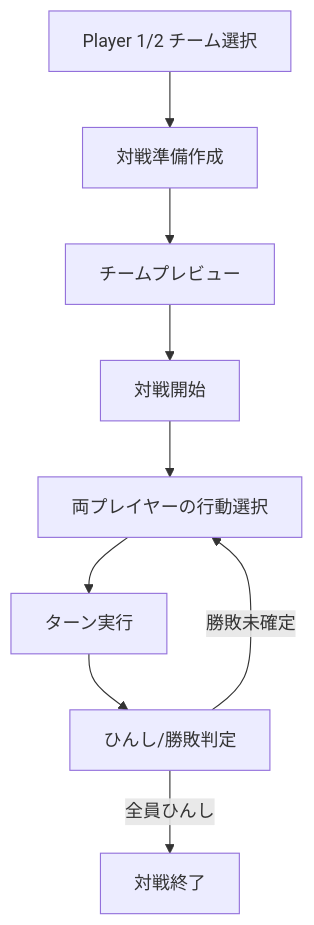
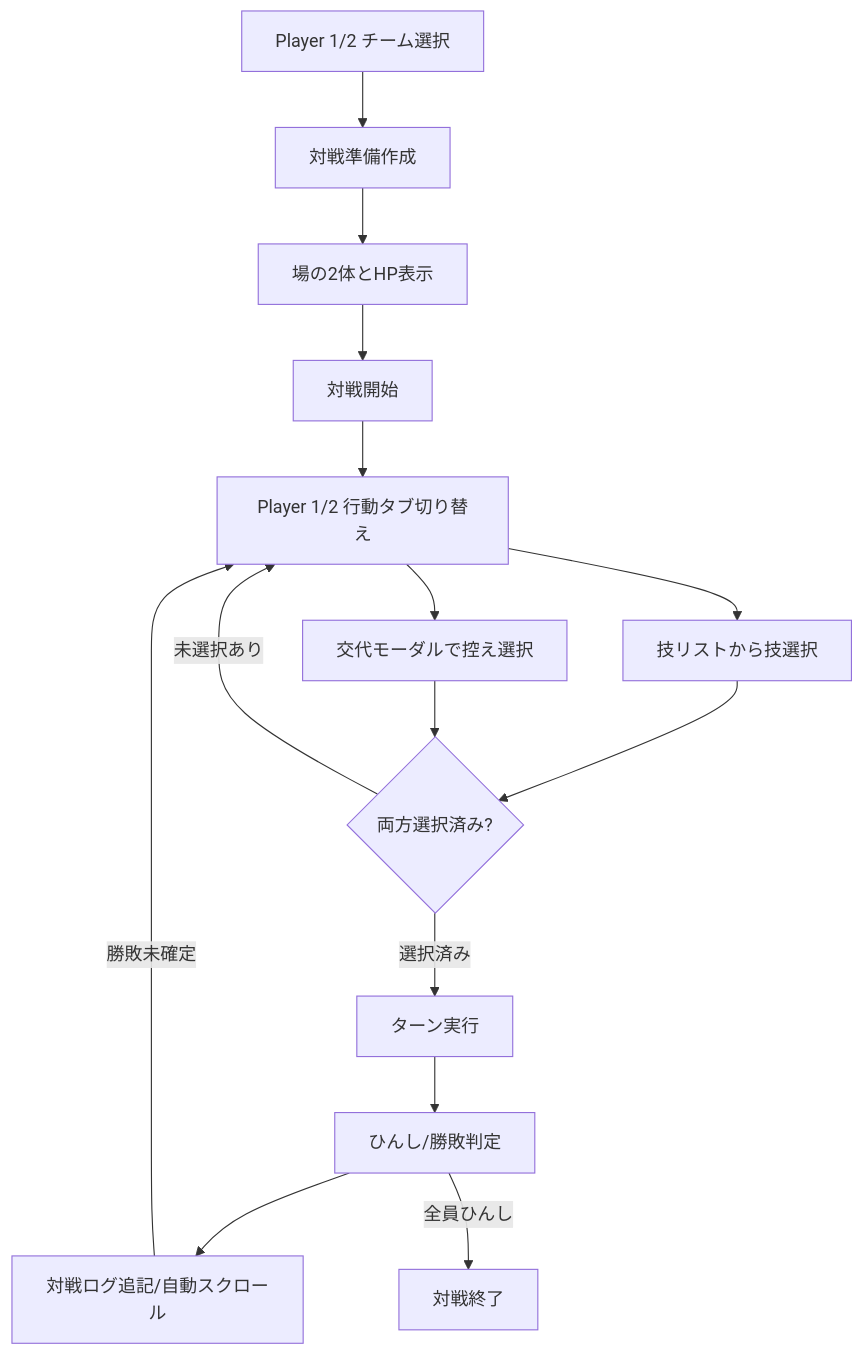
One commit to mikann-yuji/pokemon-lab changed the fourth of 4 diagrams in docs/external-design/04-screen-flow.md. Above: the diagram before and after it, drawn with Mermaid. The commit also changed 5 other files, not shown here.

````diff
--- a/docs/external-design/04-screen-flow.md
+++ b/docs/external-design/04-screen-flow.md
@@ -78,20 +78,30 @@
 ```mermaid
 flowchart TD
   SelectTeams["Player 1/2 チーム選択"]
   Prepare["対戦準備作成"]
-  Preview["チームプレビュー"]
+  Preview["場の2体とHP表示"]
   Start["対戦開始"]
-  Command["両プレイヤーの行動選択"]
+  Tab["Player 1/2 行動タブ切り替え"]
+  Move["技リストから技選択"]
+  SwitchModal["交代モーダルで控え選択"]
+  Ready{"両方選択済み?"}
   Execute["ターン実行"]
   Judge["ひんし/勝敗判定"]
+  Log["対戦ログ追記/自動スクロール"]
   Finished["対戦終了"]
 
   SelectTeams --> Prepare
   Prepare --> Preview
   Preview --> Start
-  Start --> Command
-  Command --> Execute
+  Start --> Tab
+  Tab --> Move
+  Tab --> SwitchModal
+  Move --> Ready
+  SwitchModal --> Ready
+  Ready -->|未選択あり| Tab
+  Ready -->|選択済み| Execute
   Execute --> Judge
-  Judge -->|勝敗未確定| Command
+  Judge --> Log
+  Log -->|勝敗未確定| Tab
   Judge -->|全員ひんし| Finished
 ```
````
